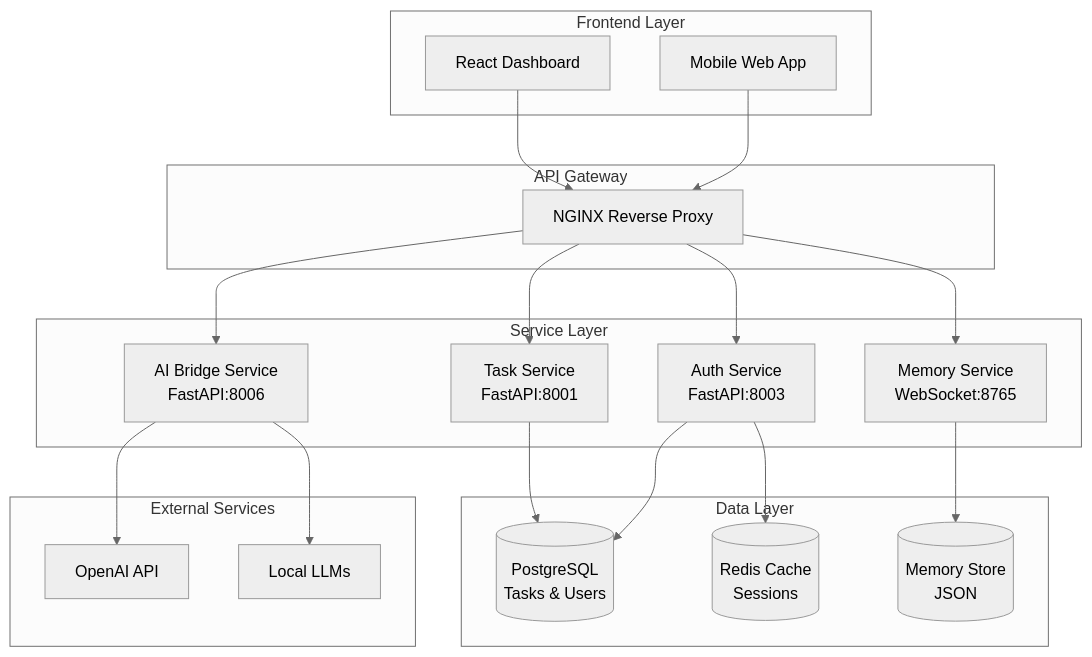
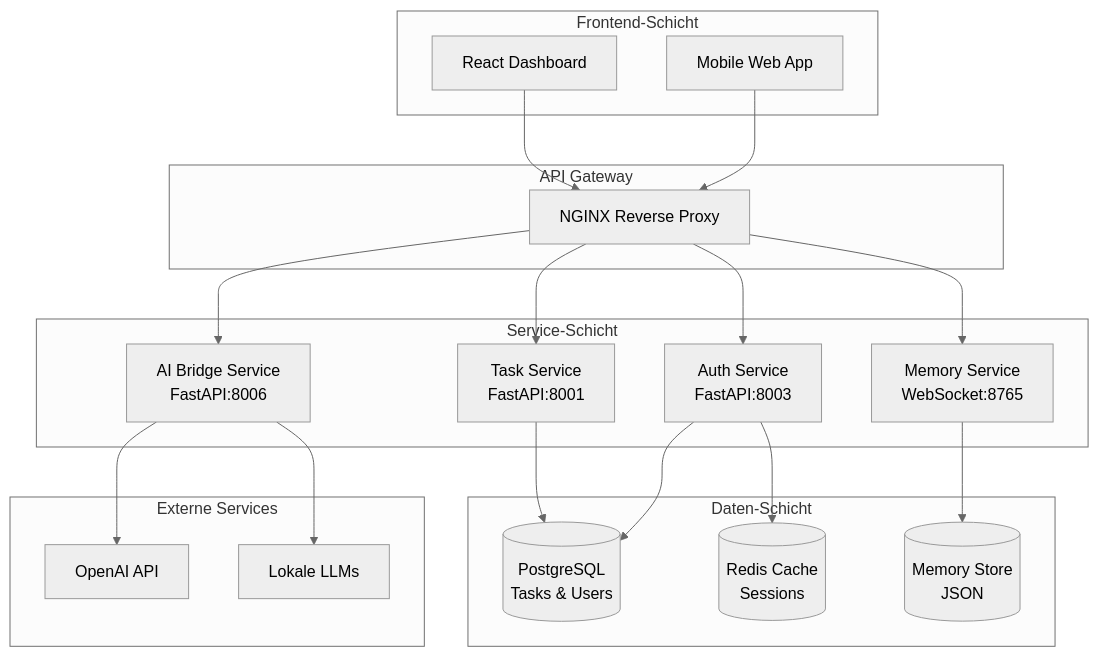
The first of 3 diagrams in ARCHITECTURE.md (MadGapun/ELWOSA-Pub), drawn with Mermaid (neutral theme) before and after one commit. The commit also changed other lines of this file, not shown here.

First line of the commit message:
🏗️ ARCHITECTURE.md auf Deutsch übersetzt

````diff
--- a/ARCHITECTURE.md
+++ b/ARCHITECTURE.md
@@ -9,43 +9,43 @@
 ```mermaid
 graph TB
-    subgraph "Frontend Layer"
+    subgraph "Frontend-Schicht"
         UI[React Dashboard]
         MW[Mobile Web App]
     end
     
     subgraph "API Gateway"
         GW[NGINX Reverse Proxy]
     end
     
-    subgraph "Service Layer"
+    subgraph "Service-Schicht"
         TS[Task Service<br/>FastAPI:8001]
         AS[Auth Service<br/>FastAPI:8003]
         MS[Memory Service<br/>WebSocket:8765]
         AI[AI Bridge Service<br/>FastAPI:8006]
     end
     
-    subgraph "Data Layer"
+    subgraph "Daten-Schicht"
         PG[(PostgreSQL<br/>Tasks & Users)]
         CACHE[(Redis Cache<br/>Sessions)]
         MEM[(Memory Store<br/>JSON)]
     end
     
-    subgraph "External Services"
+    subgraph "Externe Services"
         GPT[OpenAI API]
-        LLM[Local LLMs]
+        LLM[Lokale LLMs]
     end
     
     UI --> GW
     MW --> GW
     GW --> TS
     GW --> AS
     GW --> MS
     GW --> AI
     
     TS --> PG
     AS --> PG
     AS --> CACHE
     MS --> MEM
     AI --> GPT
     AI --> LLM
 ```
````
